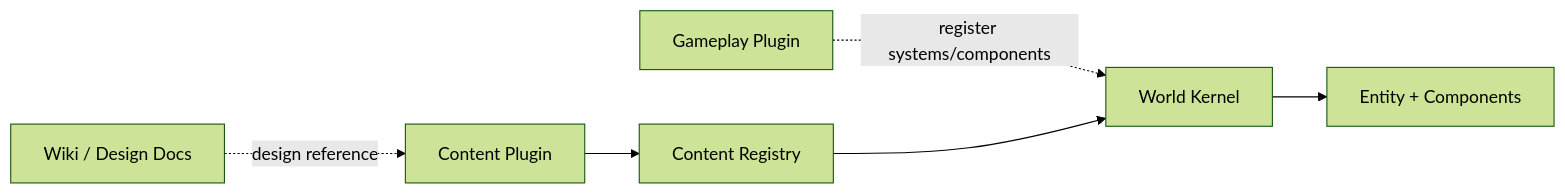
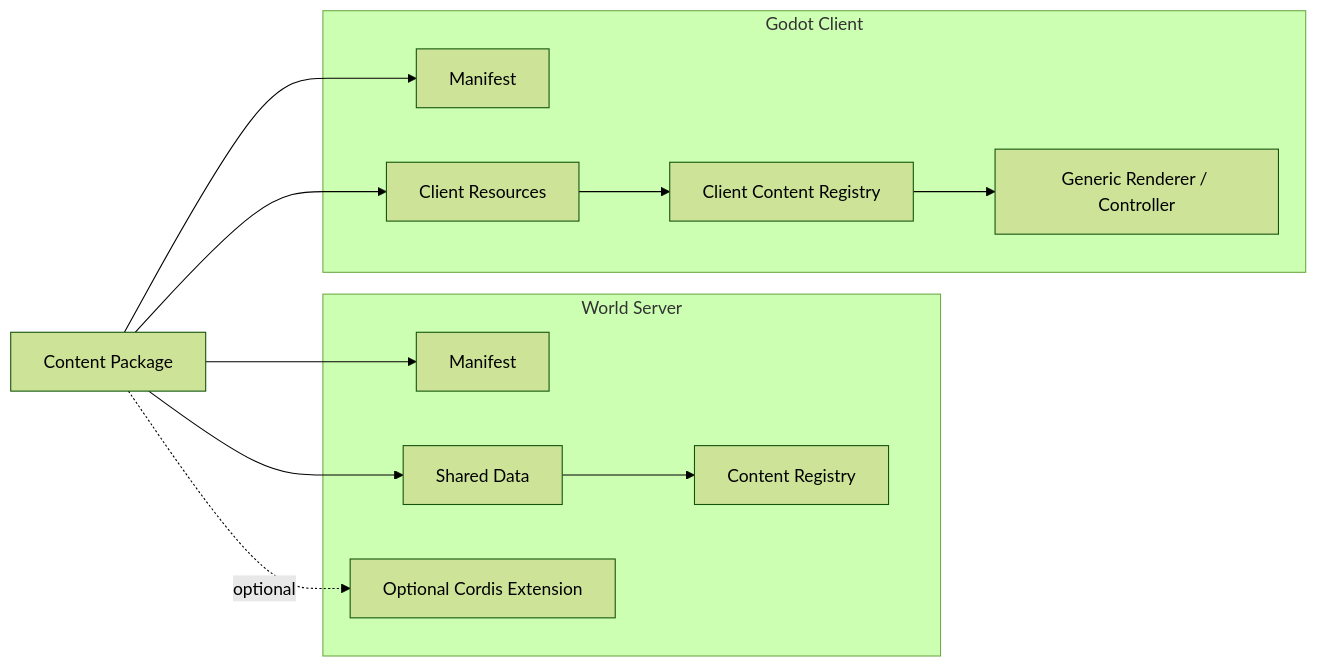
Before and after one commit to Ri0n72Y/idea-slime-bar: the first of 2 diagrams in architecture/content-system.md, drawn with Mermaid (forest theme). The commit also changed other lines of this file, not shown here.

Commit message:
docs: redesign content packages for server and godot

````diff
--- a/architecture/content-system.md
+++ b/architecture/content-system.md
@@ -9,15 +11,28 @@
 ```mermaid
 flowchart LR
-    Wiki[Wiki / Design Docs]
-    ContentPlugin[Content Plugin]
-    Registry[Content Registry]
-    Gameplay[Gameplay Plugin]
-    Kernel[World Kernel]
-    Entity[Entity + Components]
+    Package[Content Package]
 
-    Wiki -. design reference .-> ContentPlugin
-    ContentPlugin --> Registry
-    Gameplay -. register systems/components .-> Kernel
-    Registry --> Kernel
-    Kernel --> Entity
+    subgraph Server[World Server]
+        ManifestS[Manifest]
+        Data[Shared Data]
+        Registry[Content Registry]
+        Extension[Optional Cordis Extension]
+    end
+
+    subgraph Client[Godot Client]
+        ManifestC[Manifest]
+        Resources[Client Resources]
+        ClientRegistry[Client Content Registry]
+        Renderer[Generic Renderer / Controller]
+    end
+
+    Package --> ManifestS
+    Package --> Data
+    Package -. optional .-> Extension
+    Data --> Registry
+
+    Package --> ManifestC
+    Package --> Resources
+    Resources --> ClientRegistry
+    ClientRegistry --> Renderer
 ```
````
